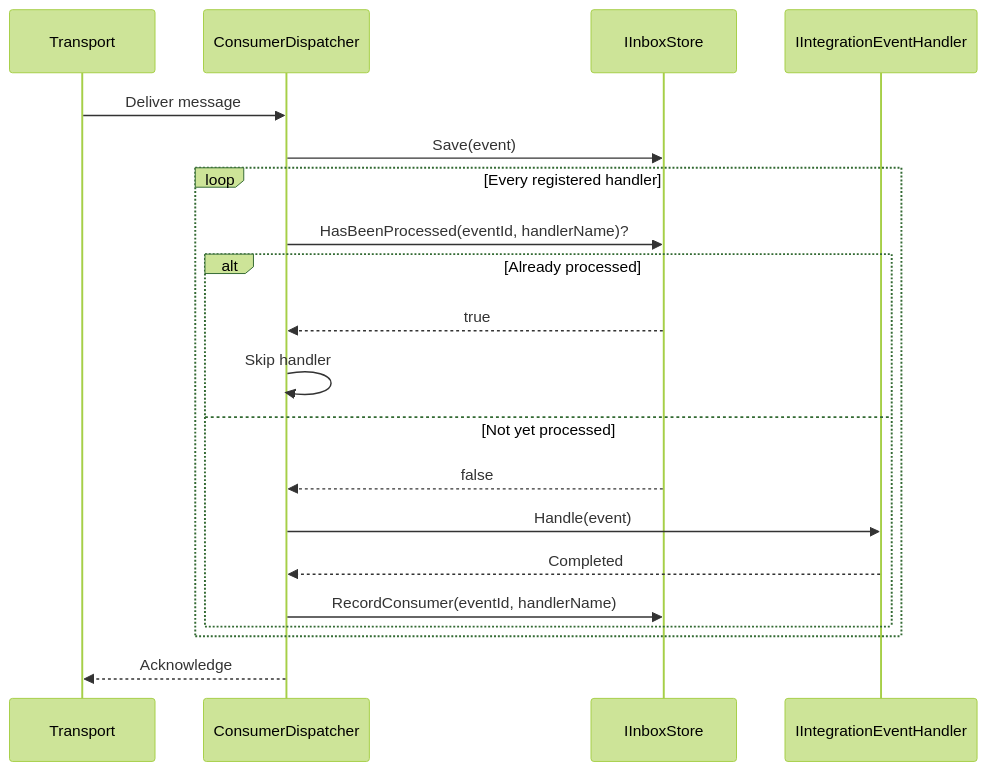
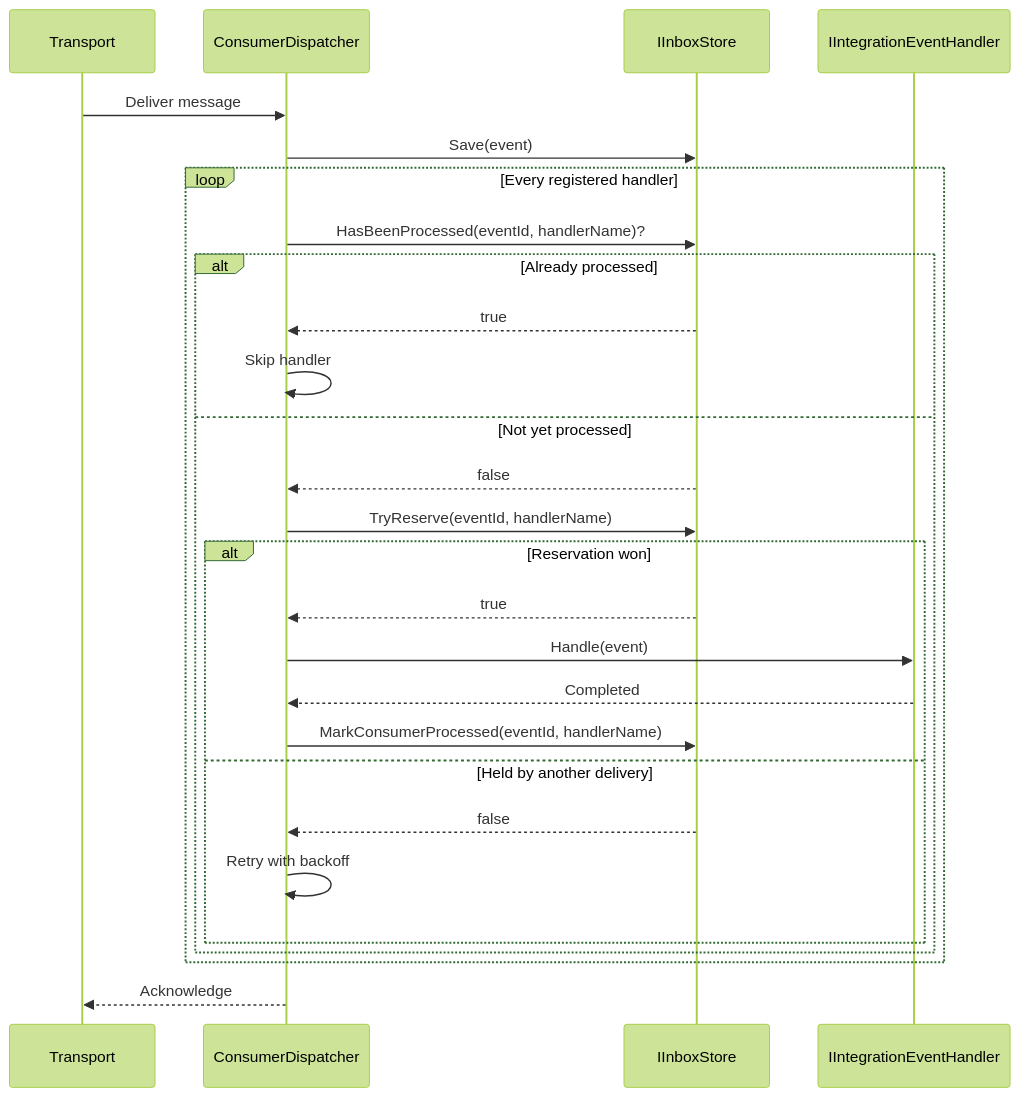
One commit to AdamWyatt34/Modulus changed the first of 2 diagrams in docs/messaging/inbox-pattern.md. Above: the diagram before and after it, drawn with Mermaid (forest theme). The commit also changed other lines of this file and 14 other files, not shown here.

````diff
--- a/docs/messaging/inbox-pattern.md
+++ b/docs/messaging/inbox-pattern.md
@@ -20,23 +20,30 @@
 ```mermaid
 sequenceDiagram
     participant Bus as Transport
     participant Dispatcher as ConsumerDispatcher
     participant Inbox as IInboxStore
     participant Handler as IIntegrationEventHandler
 
     Bus->>Dispatcher: Deliver message
     Dispatcher->>Inbox: Save(event)
     loop Every registered handler
         Dispatcher->>Inbox: HasBeenProcessed(eventId, handlerName)?
         alt Already processed
             Inbox-->>Dispatcher: true
             Dispatcher->>Dispatcher: Skip handler
         else Not yet processed
             Inbox-->>Dispatcher: false
-            Dispatcher->>Handler: Handle(event)
-            Handler-->>Dispatcher: Completed
-            Dispatcher->>Inbox: RecordConsumer(eventId, handlerName)
+            Dispatcher->>Inbox: TryReserve(eventId, handlerName)
+            alt Reservation won
+                Inbox-->>Dispatcher: true
+                Dispatcher->>Handler: Handle(event)
+                Handler-->>Dispatcher: Completed
+                Dispatcher->>Inbox: MarkConsumerProcessed(eventId, handlerName)
+            else Held by another delivery
+                Inbox-->>Dispatcher: false
+                Dispatcher->>Dispatcher: Retry with backoff
+            end
         end
     end
     Dispatcher-->>Bus: Acknowledge
 ```
````
